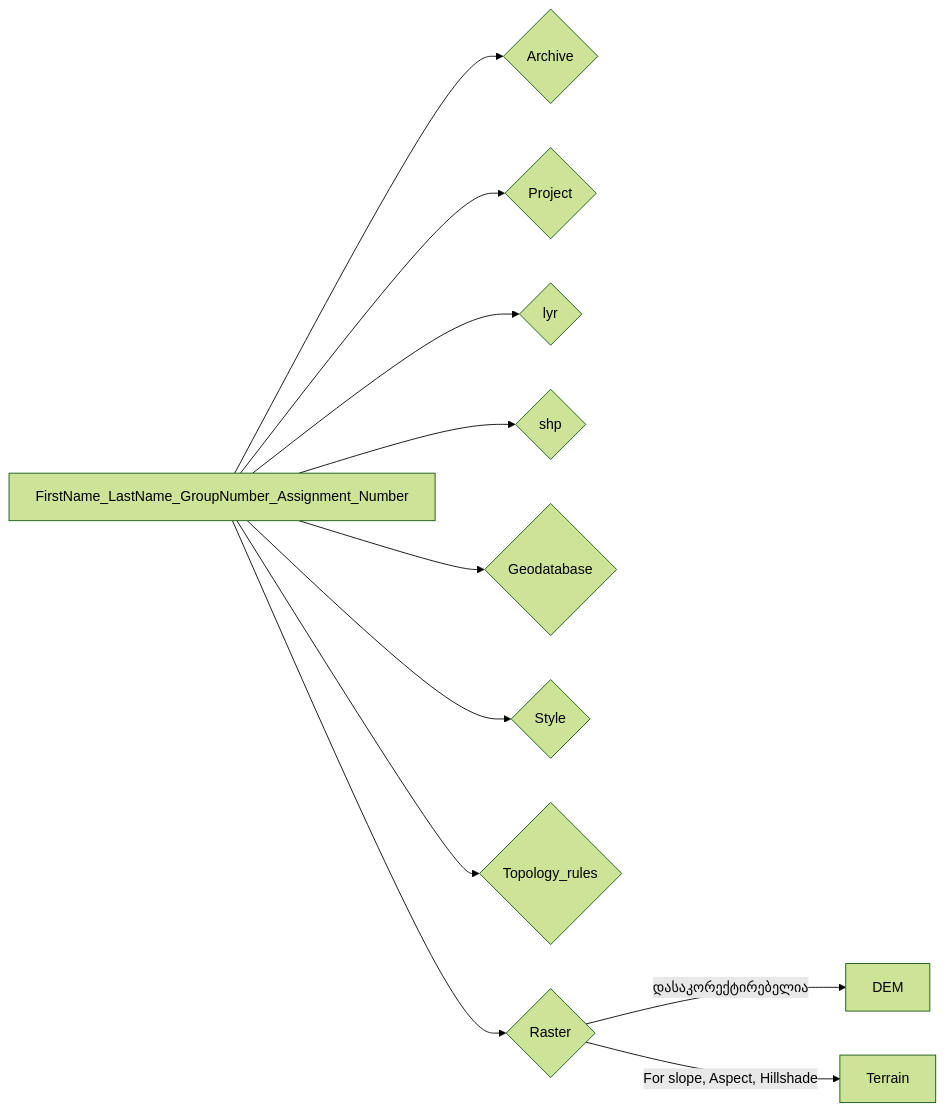
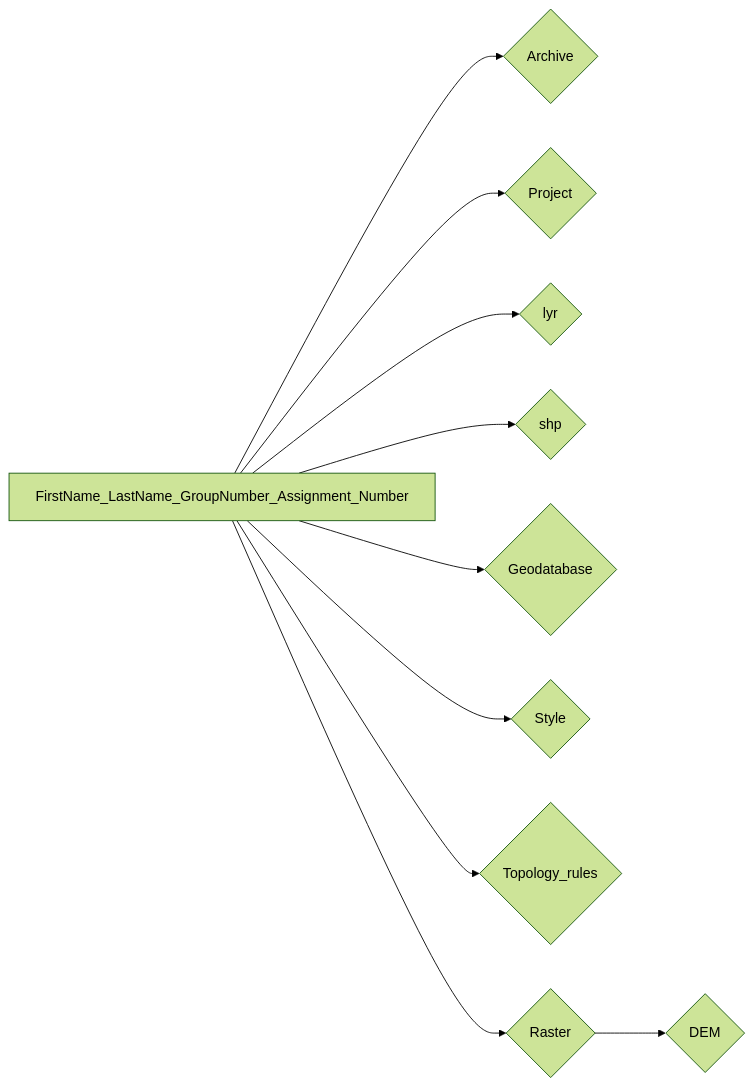
Before and after one commit to ezdanapak/GTU-GIS: the diagram in docs/ICS_GIS/Lab/DEM_TIN.md, drawn with Mermaid (forest theme). The commit also changed other lines of this file, not shown here.

````diff
--- a/docs/ICS_GIS/Lab/DEM_TIN.md
+++ b/docs/ICS_GIS/Lab/DEM_TIN.md
@@ -60,14 +59,13 @@
 ``` mermaid
 graph LR
   A[FirstName_LastName_GroupNumber_Assignment_Number] --> B{Archive};
   A[FirstName_LastName_GroupNumber_Assignment_Number] --> C{Project};
   A[FirstName_LastName_GroupNumber_Assignment_Number] --> D{lyr};
   A[FirstName_LastName_GroupNumber_Assignment_Number] --> E{shp};
   A[FirstName_LastName_GroupNumber_Assignment_Number] --> F{Geodatabase};
   A[FirstName_LastName_GroupNumber_Assignment_Number] --> G{Style};
   A[FirstName_LastName_GroupNumber_Assignment_Number] --> H{Topology_rules};
   A[FirstName_LastName_GroupNumber_Assignment_Number] --> I{Raster};
-  I -->|დასაკორექტირებელია| J[DEM];
-  I -->|For slope, Aspect, Hillshade| K[Terrain];
+  I --> J{DEM};
 
 ```
````
